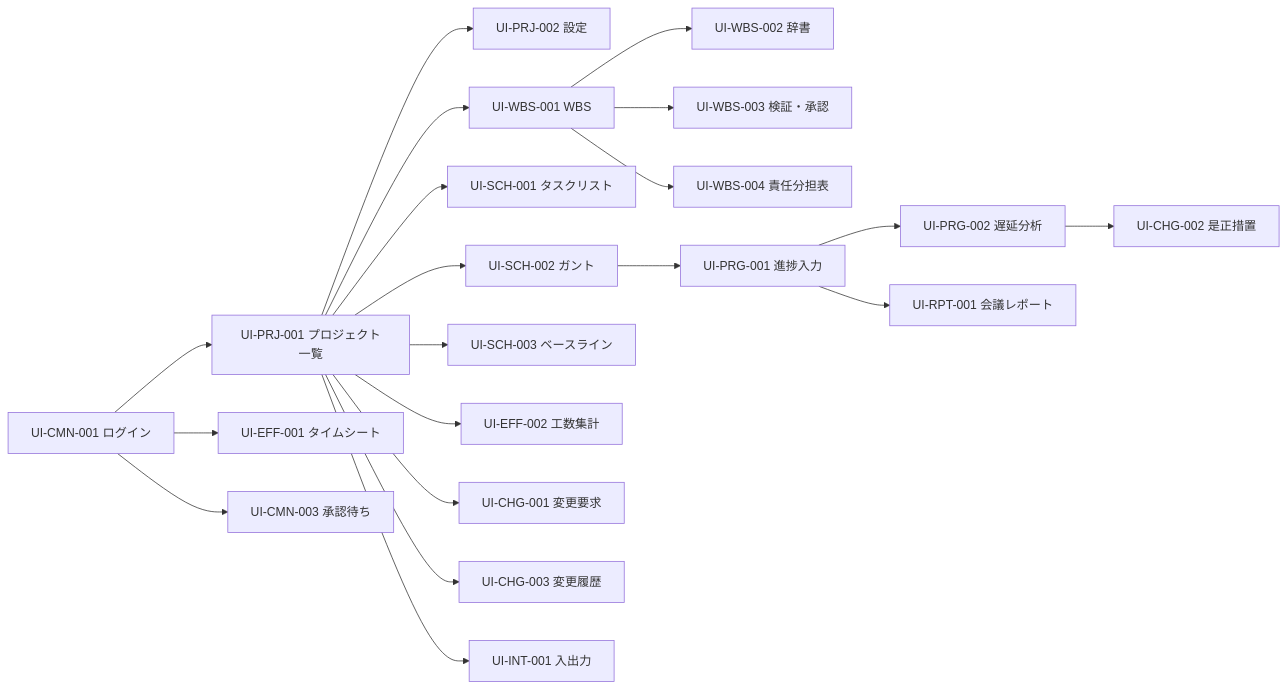
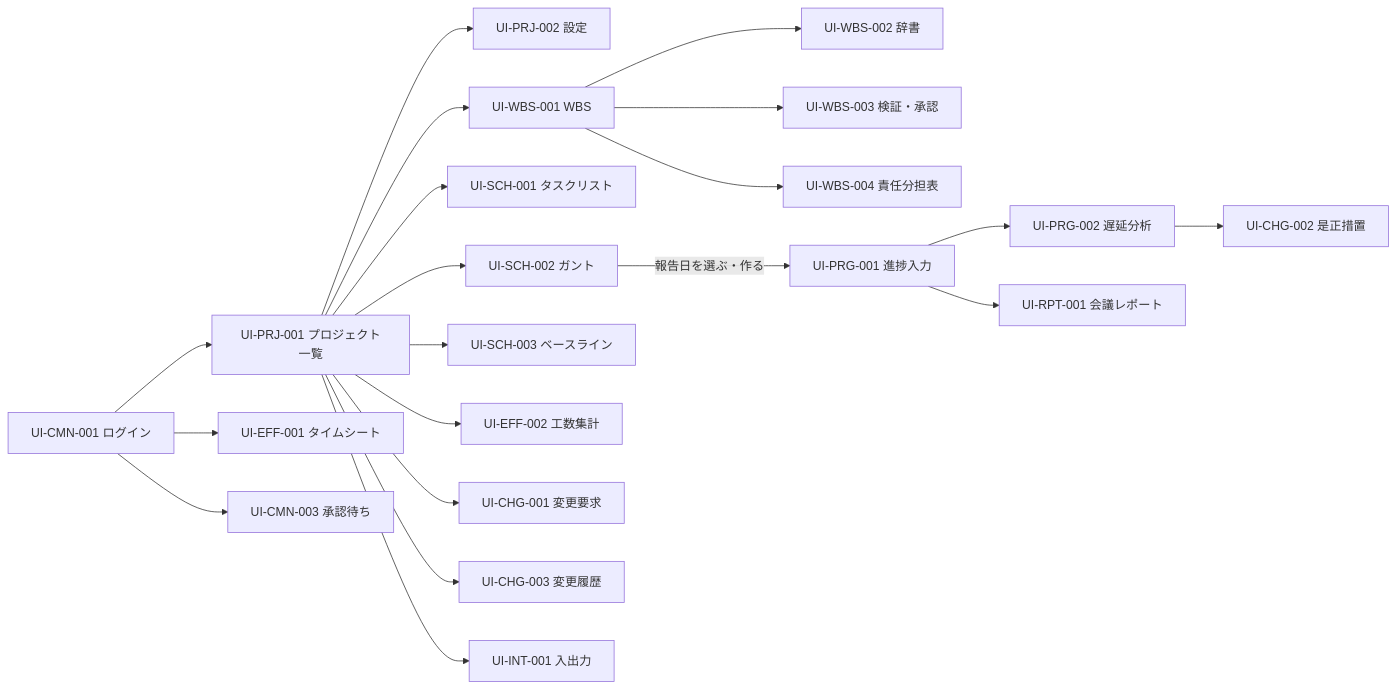
One commit to kokinakajimahs-star/ksd-project changed the sixth of 6 diagrams in docs/pmt-design.md. Above: the diagram before and after it, drawn with Mermaid. The commit also changed other lines of this file and 5 other files, not shown here.

````diff
--- a/docs/pmt-design.md
+++ b/docs/pmt-design.md
@@ -627,22 +671,22 @@
 ```mermaid
 flowchart LR
     L["UI-CMN-001 ログイン"] --> P["UI-PRJ-001 プロジェクト一覧"]
     P --> S["UI-PRJ-002 設定"]
     P --> W["UI-WBS-001 WBS"]
     W --> WD["UI-WBS-002 辞書"]
     W --> WR["UI-WBS-003 検証・承認"]
     W --> RAM["UI-WBS-004 責任分担表"]
     P --> A["UI-SCH-001 タスクリスト"]
     P --> G["UI-SCH-002 ガント"]
-    G --> PR["UI-PRG-001 進捗入力"]
+    G -->|報告日を選ぶ・作る| PR["UI-PRG-001 進捗入力"]
     PR --> DL["UI-PRG-002 遅延分析"]
     DL --> CA["UI-CHG-002 是正措置"]
     PR --> MR["UI-RPT-001 会議レポート"]
     P --> B["UI-SCH-003 ベースライン"]
     P --> E["UI-EFF-002 工数集計"]
     P --> CR["UI-CHG-001 変更要求"]
     P --> AL["UI-CHG-003 変更履歴"]
     P --> IO["UI-INT-001 入出力"]
     L --> T["UI-EFF-001 タイムシート"]
     L --> AP["UI-CMN-003 承認待ち"]
 ```
````
